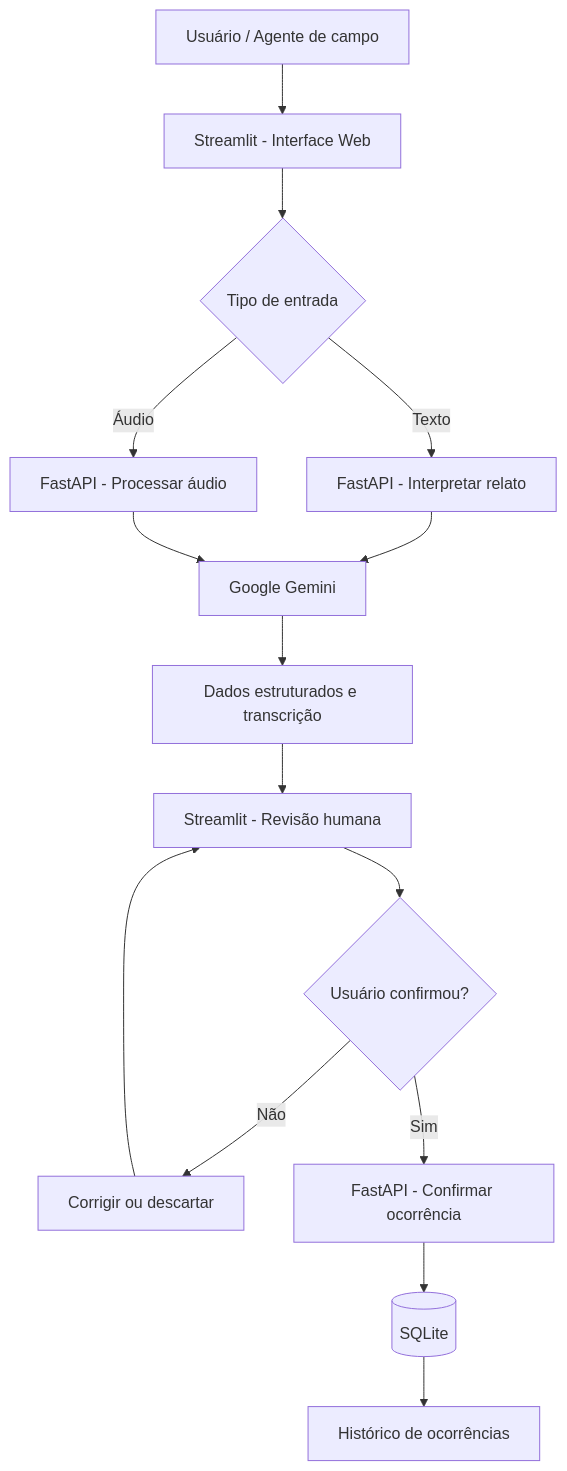
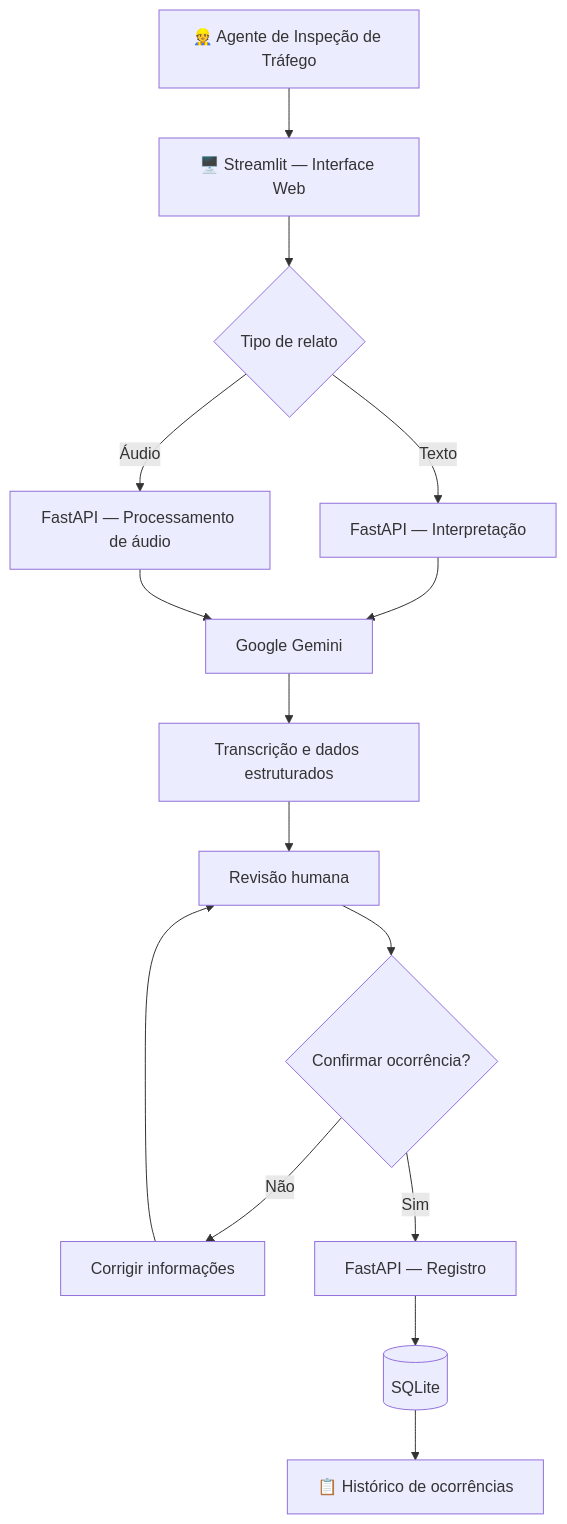
Before and after one commit to jtozzatti/ROUTE-AI: the diagram in README.md, drawn with Mermaid. The commit also changed other lines of this file, not shown here.

````diff
--- a/README.md
+++ b/README.md
@@ -151,25 +98,25 @@
 ```mermaid
 flowchart TD
-    A["Usuário / Agente de campo"] --> B["Streamlit - Interface Web"]
+    A["👷 Agente de Inspeção de Tráfego"] --> B["🖥️ Streamlit — Interface Web"]
 
-    B --> C{"Tipo de entrada"}
+    B --> C{"Tipo de relato"}
 
-    C -->|Texto| D["FastAPI - Interpretar relato"]
-    C -->|Áudio| E["FastAPI - Processar áudio"]
+    C -->|Texto| D["FastAPI — Interpretação"]
+    C -->|Áudio| E["FastAPI — Processamento de áudio"]
 
     D --> F["Google Gemini"]
     E --> F
 
-    F --> G["Dados estruturados e transcrição"]
+    F --> G["Transcrição e dados estruturados"]
 
-    G --> H["Streamlit - Revisão humana"]
+    G --> H["Revisão humana"]
 
-    H --> I{"Usuário confirmou?"}
+    H --> I{"Confirmar ocorrência?"}
 
-    I -->|Não| J["Corrigir ou descartar"]
+    I -->|Não| J["Corrigir informações"]
     J --> H
 
-    I -->|Sim| K["FastAPI - Confirmar ocorrência"]
+    I -->|Sim| K["FastAPI — Registro"]
     K --> L[("SQLite")]
-    L --> M["Histórico de ocorrências"]
+    L --> M["📋 Histórico de ocorrências"]
 ```
````
